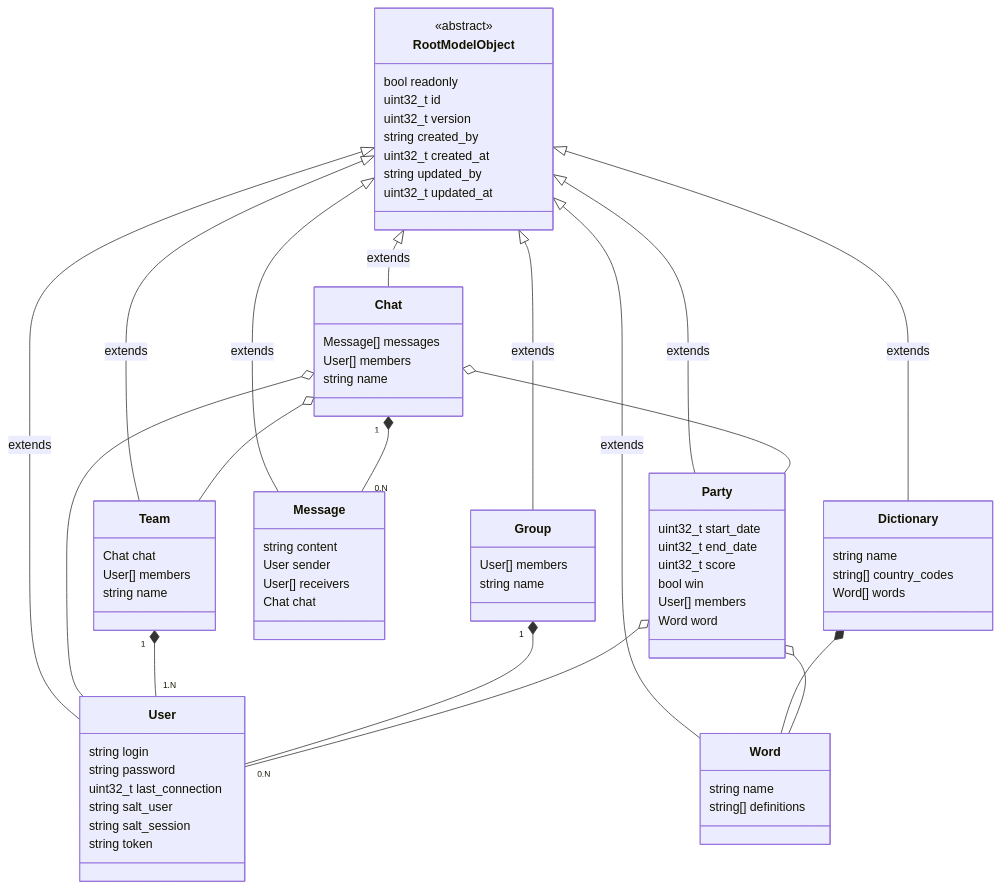
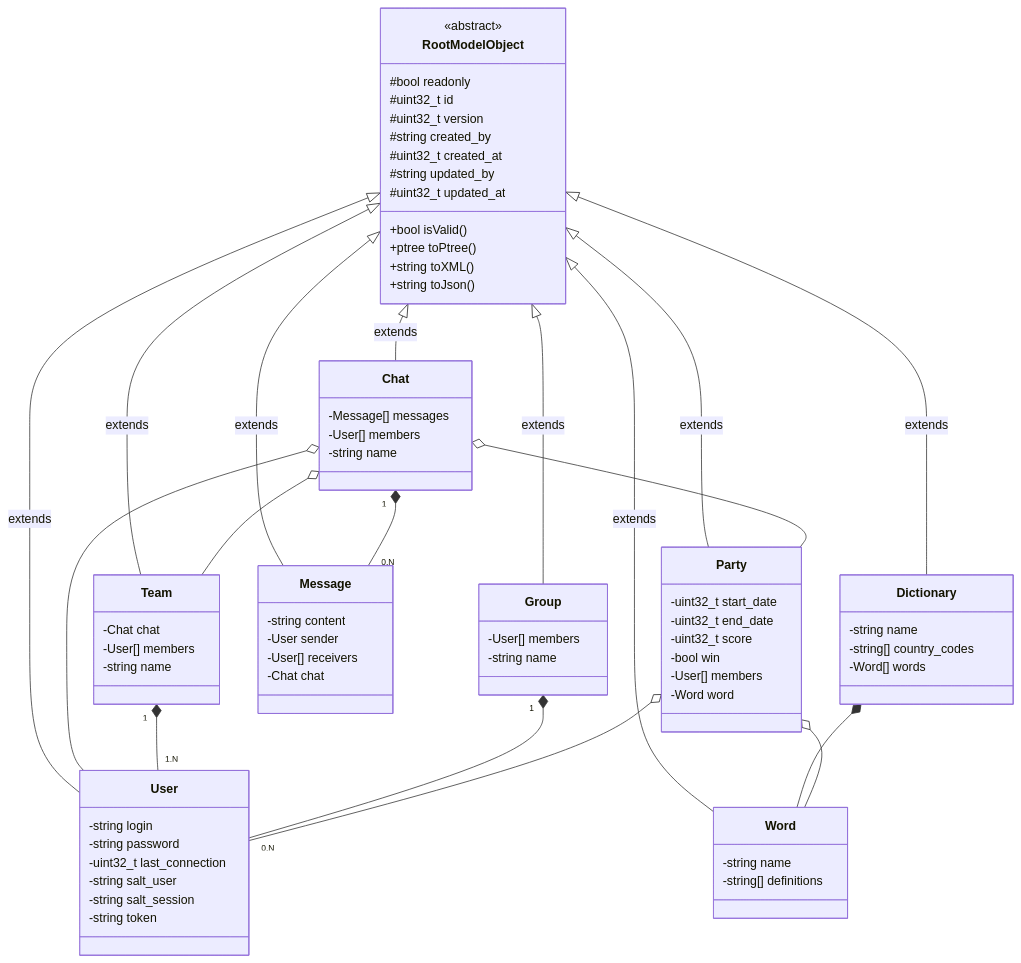
The diagram in wiki/dev-rules.md (MGuillaumeF/hangman-game), drawn with Mermaid before and after one commit.

````diff
--- a/wiki/dev-rules.md
+++ b/wiki/dev-rules.md
@@ -57,58 +57,62 @@
 ```mermaid
 classDiagram
 class RootModelObject
 <<abstract>> RootModelObject
 RootModelObject <|-- User : extends
 RootModelObject <|-- Group : extends
 RootModelObject <|-- Word : extends
 RootModelObject <|-- Dictionary : extends
 RootModelObject <|-- Party : extends
 RootModelObject <|-- Message : extends
 RootModelObject <|-- Chat : extends
 RootModelObject <|-- Team : extends
 Chat "1" *-- "0.N" Message
 Chat o-- User
 Chat o-- Party
 Chat o-- Team
 Team "1" *-- "1.N" User
 Group "1" *-- "0.N" User
 Dictionary *-- Word
 Party o-- User
 Party o-- Word
-RootModelObject : bool readonly
-RootModelObject : uint32_t id
-RootModelObject : uint32_t version
-RootModelObject : string created_by
-RootModelObject : uint32_t created_at
-RootModelObject : string updated_by
-RootModelObject : uint32_t updated_at
-User : string login
-User : string password
-User : uint32_t last_connection
-User : string salt_user
-User : string salt_session
-User : string token
-Group : User[] members
-Group : string name
-Dictionary : string name
-Dictionary : string[] country_codes
-Dictionary : Word[] words
-Word : string name
-Word : string[] definitions
-Party : uint32_t start_date
-Party : uint32_t end_date
-Party : uint32_t score
-Party : bool win
-Party : User[] members
-Party : Word word
-Message : string content
-Message : User sender
-Message : User[] receivers
-Message : Chat chat
-Chat : Message[] messages
-Chat : User[] members
-Chat : string name
-Team : Chat chat
-Team : User[] members
-Team : string name
+RootModelObject : #bool readonly
+RootModelObject : #uint32_t id
+RootModelObject : #uint32_t version
+RootModelObject : #string created_by
+RootModelObject : #uint32_t created_at
+RootModelObject : #string updated_by
+RootModelObject : #uint32_t updated_at
+RootModelObject : +bool isValid()
+RootModelObject : +ptree toPtree()
+RootModelObject : +string toXML()
+RootModelObject : +string toJson()
+User : -string login
+User : -string password
+User : -uint32_t last_connection
+User : -string salt_user
+User : -string salt_session
+User : -string token
+Group : -User[] members
+Group : -string name
+Dictionary : -string name
+Dictionary : -string[] country_codes
+Dictionary : -Word[] words
+Word : -string name
+Word : -string[] definitions
+Party : -uint32_t start_date
+Party : -uint32_t end_date
+Party : -uint32_t score
+Party : -bool win
+Party : -User[] members
+Party : -Word word
+Message : -string content
+Message : -User sender
+Message : -User[] receivers
+Message : -Chat chat
+Chat : -Message[] messages
+Chat : -User[] members
+Chat : -string name
+Team : -Chat chat
+Team : -User[] members
+Team : -string name
 ```
````
